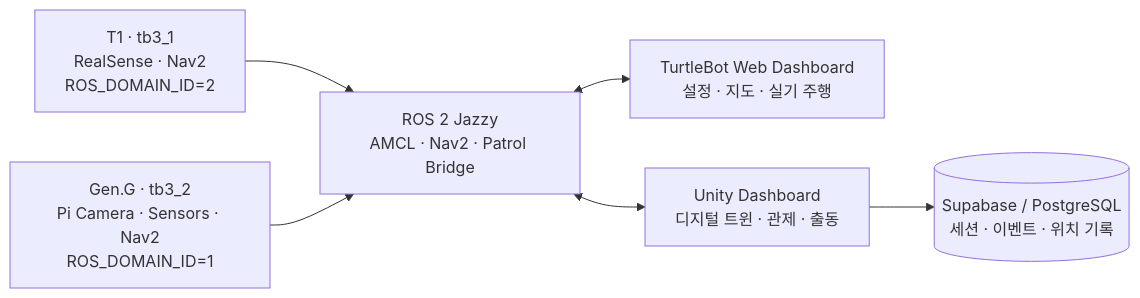
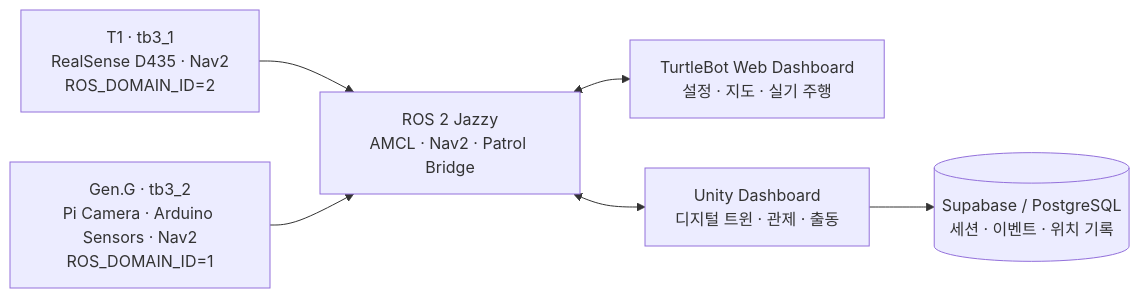
Before and after one commit to eduwing-robotics/ros2-ai-amr-repo2: the first of 3 diagrams in README.md, drawn with Mermaid. The commit also changed other lines of this file, not shown here.

````diff
--- a/README.md
+++ b/README.md
@@ -65,15 +81,15 @@
 ```mermaid
 flowchart LR
-    T1["T1 · tb3_1<br/>RealSense · Nav2<br/>ROS_DOMAIN_ID=2"]
-    G["Gen.G · tb3_2<br/>Pi Camera · Sensors · Nav2<br/>ROS_DOMAIN_ID=1"]
+    T1["T1 · tb3_1<br/>RealSense D435 · Nav2<br/>ROS_DOMAIN_ID=2"]
+    G["Gen.G · tb3_2<br/>Pi Camera · Arduino Sensors · Nav2<br/>ROS_DOMAIN_ID=1"]
     ROS["ROS 2 Jazzy<br/>AMCL · Nav2 · Patrol Bridge"]
     WEB["TurtleBot Web Dashboard<br/>설정 · 지도 · 실기 주행"]
     UNITY["Unity Dashboard<br/>디지털 트윈 · 관제 · 출동"]
     DB[("Supabase / PostgreSQL<br/>세션 · 이벤트 · 위치 기록")]
 
     T1 --> ROS
     G --> ROS
     ROS <--> WEB
     ROS <--> UNITY
     UNITY --> DB
 ```
````
